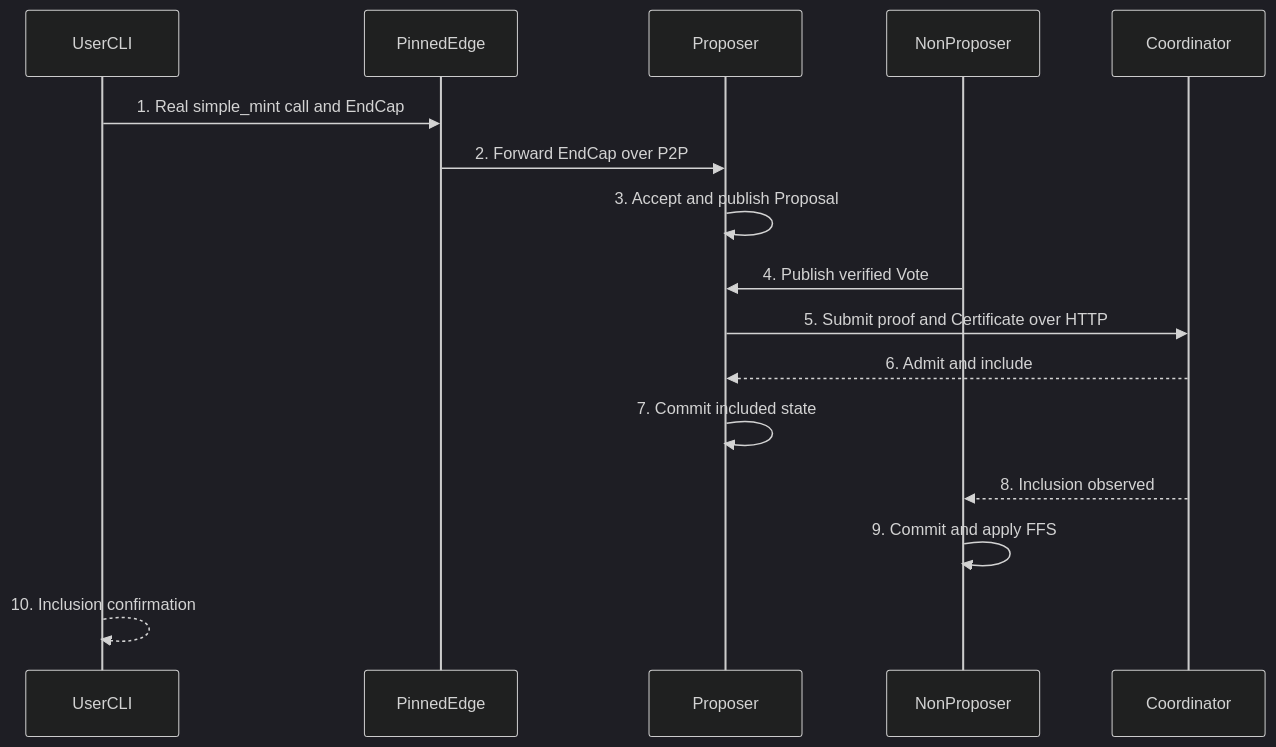
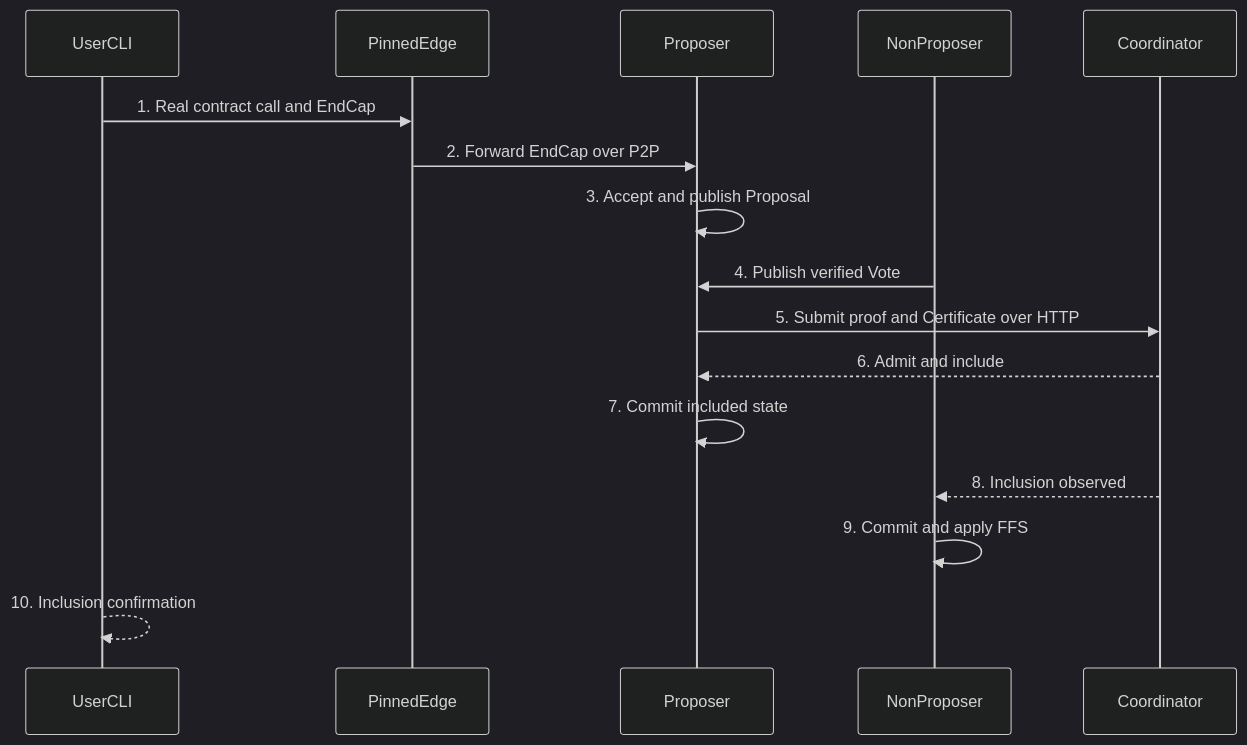
Before and after one commit to PsyProtocol/psy-node: the second of 2 diagrams in docs/src/dev/circuit-and-verifier-operations.md, drawn with Mermaid (dark theme). The commit also changed other lines of this file and 70 other files, not shown here.

````diff
--- a/docs/src/dev/circuit-and-verifier-operations.md
+++ b/docs/src/dev/circuit-and-verifier-operations.md
@@ -302,18 +305,18 @@
 ```mermaid
 sequenceDiagram
     participant UserCLI
     participant PinnedEdge
     participant Proposer
     participant NonProposer
     participant Coordinator
-    UserCLI->>PinnedEdge: 1. Real simple_mint call and EndCap
+    UserCLI->>PinnedEdge: 1. Real contract call and EndCap
     PinnedEdge->>Proposer: 2. Forward EndCap over P2P
     Proposer->>Proposer: 3. Accept and publish Proposal
     NonProposer->>Proposer: 4. Publish verified Vote
     Proposer->>Coordinator: 5. Submit proof and Certificate over HTTP
     Coordinator-->>Proposer: 6. Admit and include
     Proposer->>Proposer: 7. Commit included state
     Coordinator-->>NonProposer: 8. Inclusion observed
     NonProposer->>NonProposer: 9. Commit and apply FFS
     UserCLI-->>UserCLI: 10. Inclusion confirmation
 ```
````
